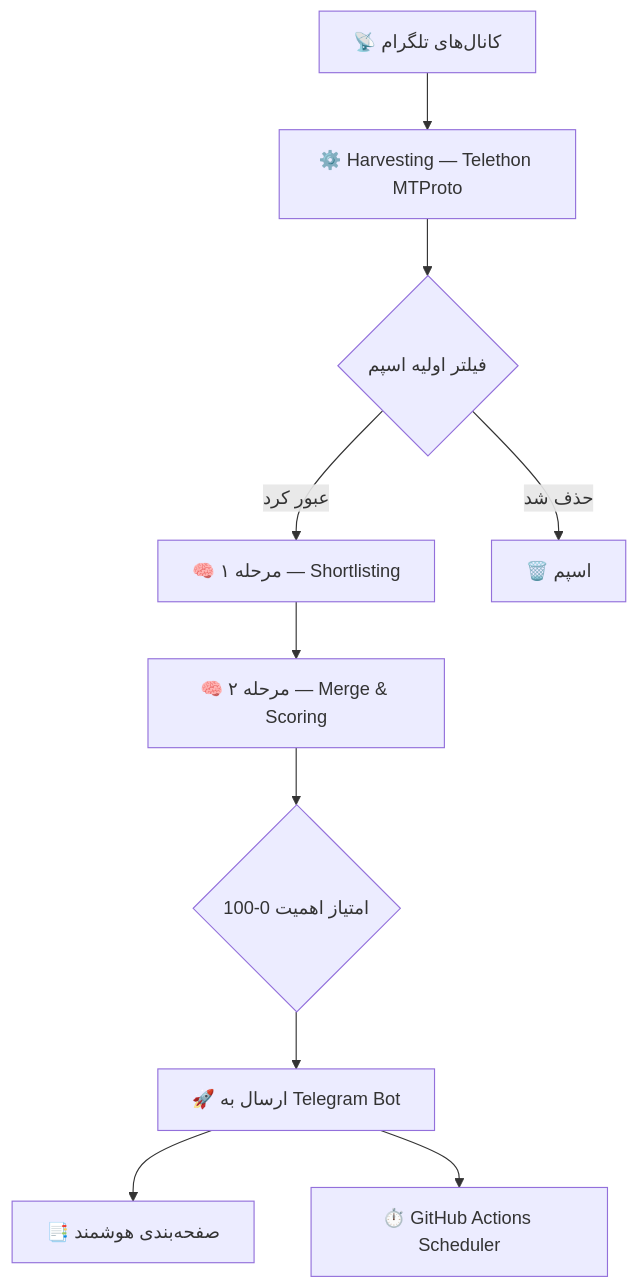
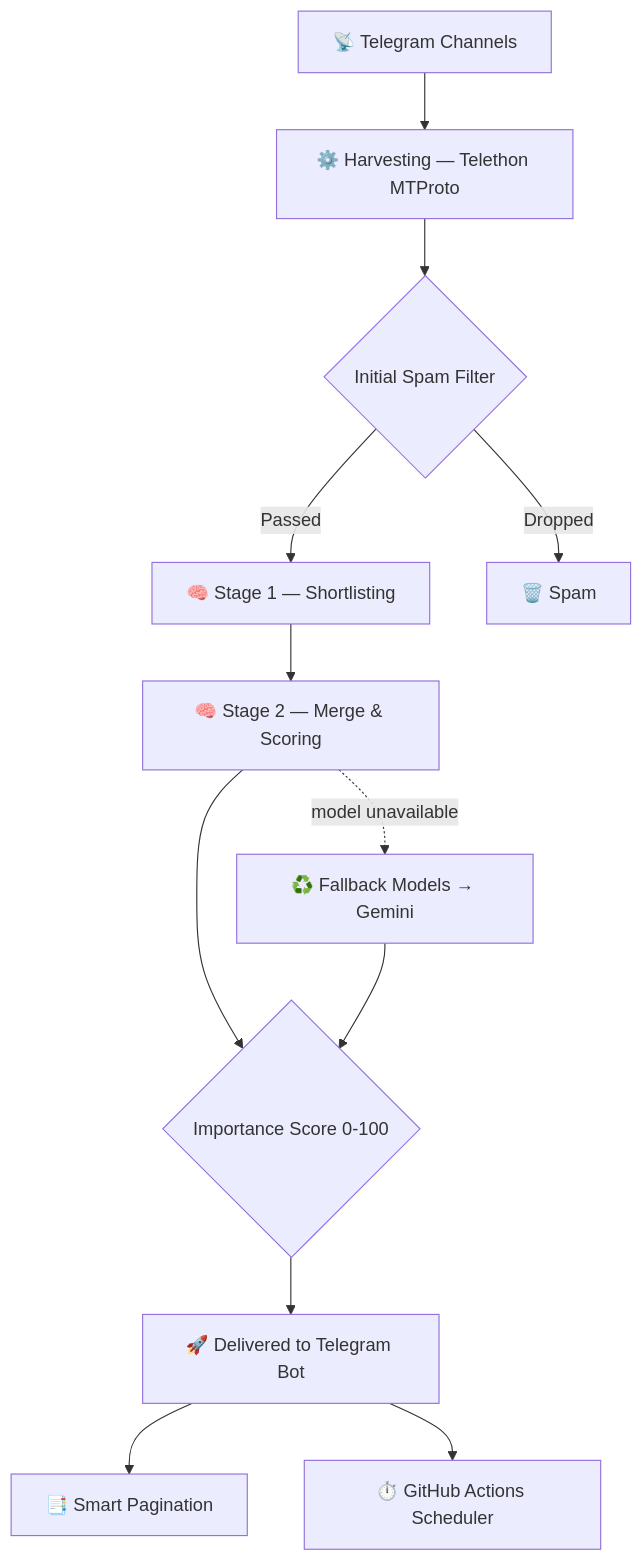
Before and after one commit to Amin-Moniry/TeleBrief: the diagram in README.md, drawn with Mermaid. The commit also changed other lines of this file, not shown here.

````diff
--- a/README.md
+++ b/README.md
@@ -142,12 +146,14 @@
 ```mermaid
 graph TD
-    A[📡 کانال‌های تلگرام] --> B[⚙️ Harvesting — Telethon MTProto]
-    B --> C{فیلتر اولیه اسپم}
-    C -->|عبور کرد| D[🧠 مرحله ۱ — Shortlisting]
-    C -->|حذف شد| X[🗑️ اسپم]
-    D --> E[🧠 مرحله ۲ — Merge & Scoring]
-    E --> F{امتیاز اهمیت 0-100}
-    F --> G[🚀 ارسال به Telegram Bot]
-    G --> H[📑 صفحه‌بندی هوشمند]
+    A[📡 Telegram Channels] --> B[⚙️ Harvesting — Telethon MTProto]
+    B --> C{Initial Spam Filter}
+    C -->|Passed| D[🧠 Stage 1 — Shortlisting]
+    C -->|Dropped| X[🗑️ Spam]
+    D --> E[🧠 Stage 2 — Merge & Scoring]
+    E --> F{Importance Score 0-100}
+    F --> G[🚀 Delivered to Telegram Bot]
+    G --> H[📑 Smart Pagination]
     G --> I[⏱️ GitHub Actions Scheduler]
+    E -.model unavailable.-> J[♻️ Fallback Models → Gemini]
+    J --> F
 ```
````
